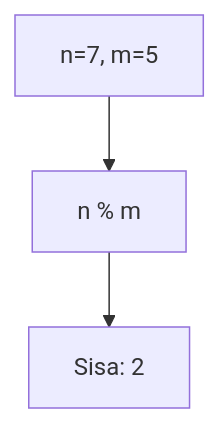
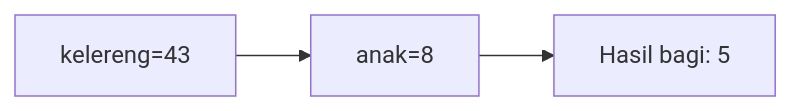
Diagram 15 of 25 in part-c-pemahaman-cpp/01-tipe-data/latihan/set-08.md (amnahwaida/OSNK_INF_PREP), drawn with Mermaid before and after one commit. The commit also changed other lines of this file and 71 other files, not shown here.

````diff
--- a/part-c-pemahaman-cpp/01-tipe-data/latihan/set-08.md
+++ b/part-c-pemahaman-cpp/01-tipe-data/latihan/set-08.md
@@ -377,5 +423,5 @@
 ```mermaid
-graph TD
-A["n=7, m=5"] --> B["n % m"]
-B --> C["Sisa: 2"]
+graph LR
+A["kelereng=43"] --> B["anak=8"]
+B --> C["Hasil bagi: 5"]
 ```
````
